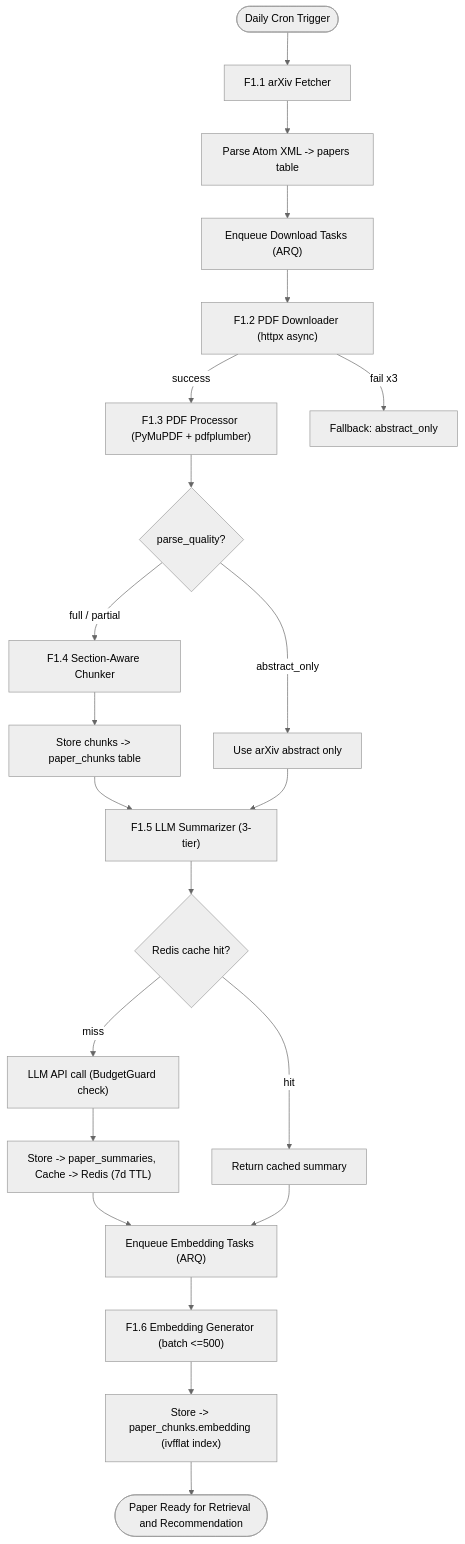
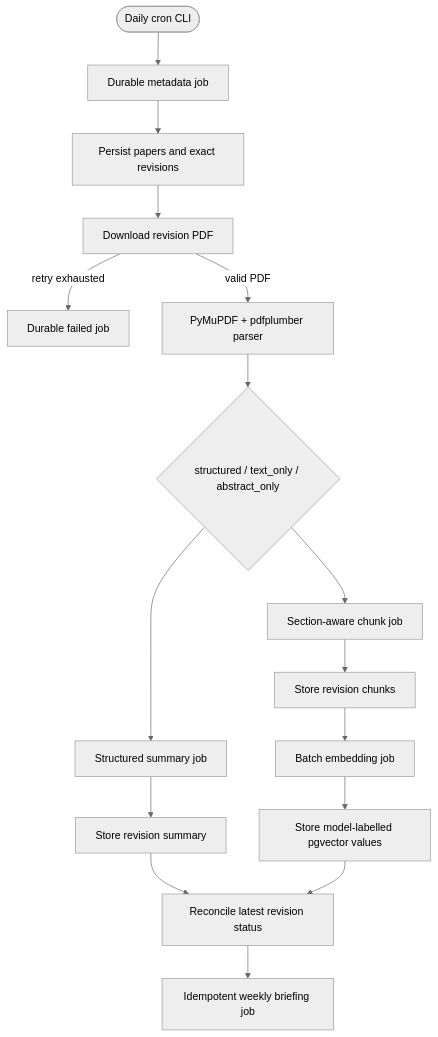
The second of 4 diagrams in README.md (YUcxovo/MNEME), drawn with Mermaid (neutral theme) before and after one commit. The commit also changed other lines of this file and 1 other file, not shown here.

Commit message:
docs: refresh M2 implementation status

````diff
--- a/README.md
+++ b/README.md
@@ -280,28 +279,18 @@
 ```mermaid
 flowchart TD
-    START(["Daily Cron Trigger"]) --> FETCH["F1.1 arXiv Fetcher"]
-    FETCH --> META["Parse Atom XML -> papers table"]
-    META --> DL_TASK["Enqueue Download Tasks (ARQ)"]
-
-    DL_TASK --> DL["F1.2 PDF Downloader (httpx async)"]
-    DL -->|"success"| PARSE["F1.3 PDF Processor (PyMuPDF + pdfplumber)"]
-    DL -->|"fail x3"| FALLBACK["Fallback: abstract_only"]
-
-    PARSE --> QUALITY{"parse_quality?"}
-    QUALITY -->|"full / partial"| CHUNK["F1.4 Section-Aware Chunker"]
-    QUALITY -->|"abstract_only"| SUMM_INPUT["Use arXiv abstract only"]
-
-    CHUNK --> CHUNK_STORE["Store chunks -> paper_chunks table"]
-    CHUNK_STORE --> SUMM_FULL["F1.5 LLM Summarizer (3-tier)"]
-    SUMM_INPUT --> SUMM_FULL
-    SUMM_FULL --> SUMM_CACHE{"Redis cache hit?"}
-    SUMM_CACHE -->|"miss"| LLM_CALL["LLM API call (BudgetGuard check)"]
-    LLM_CALL --> SUMM_STORE["Store -> paper_summaries, Cache -> Redis (7d TTL)"]
-    SUMM_CACHE -->|"hit"| SUMM_DONE["Return cached summary"]
-
-    SUMM_STORE --> EMBED_QUEUE["Enqueue Embedding Tasks (ARQ)"]
-    SUMM_DONE --> EMBED_QUEUE
-    EMBED_QUEUE --> EMBED["F1.6 Embedding Generator (batch <=500)"]
-    EMBED --> EMBED_STORE["Store -> paper_chunks.embedding (ivfflat index)"]
-    EMBED_STORE --> DONE(["Paper Ready for Retrieval and Recommendation"])
+    START(["Daily cron CLI"]) --> FETCH["Durable metadata job"]
+    FETCH --> META["Persist papers and exact revisions"]
+    META --> DL["Download revision PDF"]
+    DL -->|"retry exhausted"| FAILED["Durable failed job"]
+    DL -->|"valid PDF"| PARSE["PyMuPDF + pdfplumber parser"]
+    PARSE --> QUALITY{"structured / text_only / abstract_only"}
+    QUALITY --> SUMMARY["Structured summary job"]
+    QUALITY --> CHUNK["Section-aware chunk job"]
+    SUMMARY --> SUMMARY_STORE["Store revision summary"]
+    CHUNK --> CHUNK_STORE["Store revision chunks"]
+    CHUNK_STORE --> EMBED["Batch embedding job"]
+    EMBED --> EMBED_STORE["Store model-labelled pgvector values"]
+    SUMMARY_STORE --> RECONCILE["Reconcile latest revision status"]
+    EMBED_STORE --> RECONCILE
+    RECONCILE --> BRIEFING["Idempotent weekly briefing job"]
 ```
````
